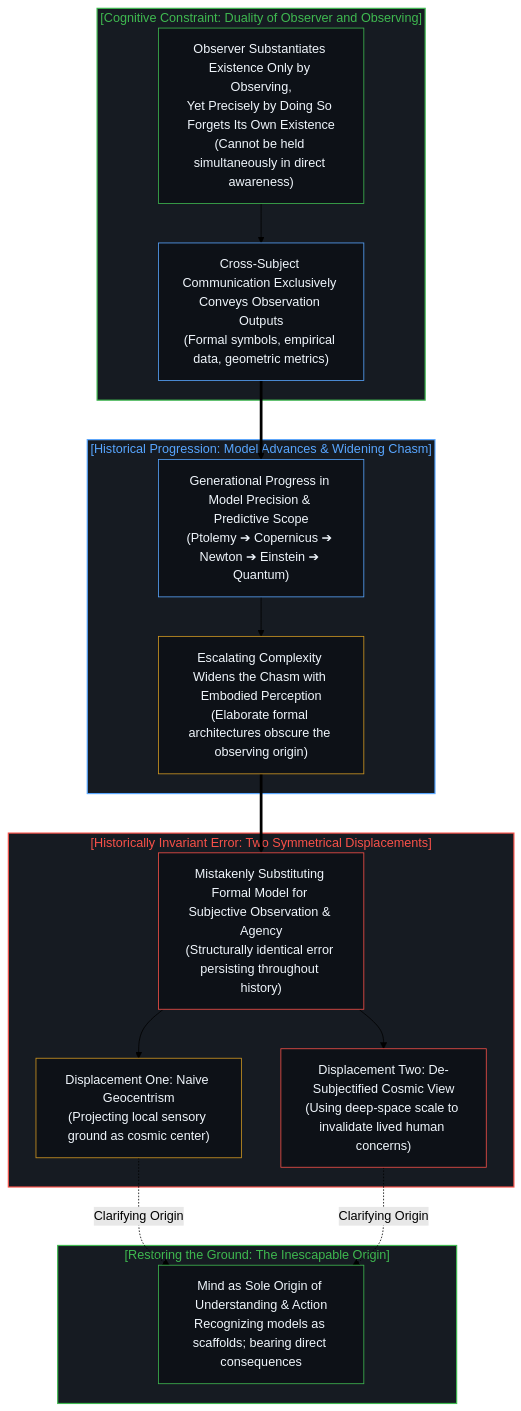
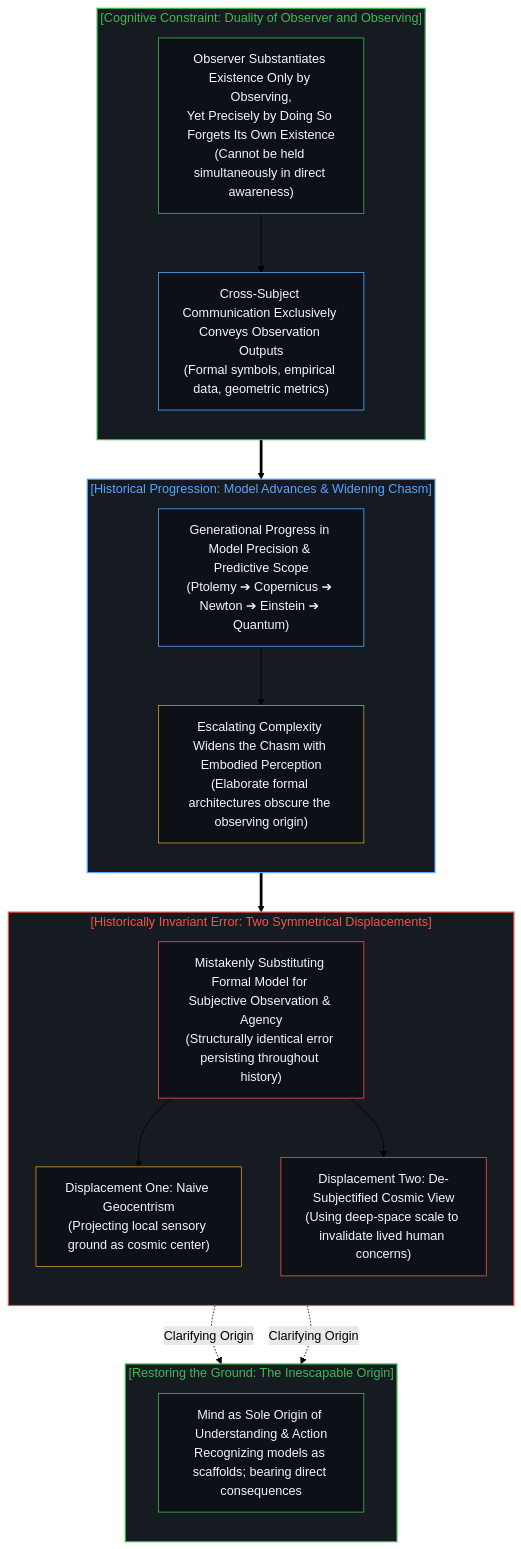
Before and after one commit to powerpig99/not-a-toe: the sixth of 8 diagrams in content/posts/one-cannot-escape-ones-own-mind.md, drawn with Mermaid (forest theme). The commit also changed other lines of this file and 6 other files, not shown here.

````diff
--- a/content/posts/one-cannot-escape-ones-own-mind.md
+++ b/content/posts/one-cannot-escape-ones-own-mind.md
@@ -244,44 +260,48 @@
 ```mermaid
 flowchart TD
     subgraph S_CognitiveConstraint_EN ["[Cognitive Constraint: Duality of Observer and Observing]"]
+        direction TB
         DE1["Observer Substantiates Existence Only by Observing,<br/>Yet Precisely by Doing So Forgets Its Own Existence<br/>(Cannot be held simultaneously in direct awareness)"]
         DE2["Cross-Subject Communication Exclusively Conveys Observation Outputs<br/>(Formal symbols, empirical data, geometric metrics)"]
         DE1 --> DE2
     end
 
     subgraph S_HistoricalProgress_EN ["[Historical Progression: Model Advances & Widening Chasm]"]
+        direction TB
         PE1["Generational Progress in Model Precision & Predictive Scope<br/>(Ptolemy ➔ Copernicus ➔ Newton ➔ Einstein ➔ Quantum)"]
         PE2["Escalating Complexity Widens the Chasm with Embodied Perception<br/>(Elaborate formal architectures obscure the observing origin)"]
         PE1 --> PE2
     end
 
     subgraph S_InvariantError_EN ["[Historically Invariant Error: Two Symmetrical Displacements]"]
+        direction TB
         EE1["Mistakenly Substituting Formal Model for Subjective Observation & Agency<br/>(Structurally identical error persisting throughout history)"]
         TE1["Displacement One: Naive Geocentrism<br/>(Projecting local sensory ground as cosmic center)"]
         TE2["Displacement Two: De-Subjectified Cosmic View<br/>(Using deep-space scale to invalidate lived human concerns)"]
         EE1 --> TE1
         EE1 --> TE2
     end
 
     subgraph S_SovereignReturn_EN ["[Restoring the Ground: The Inescapable Origin]"]
+        direction TB
         SRE1["Mind as Sole Origin of Understanding & Action<br/>Recognizing models as scaffolds; bearing direct consequences"]
     end
 
     DE2 ==> PE1
     PE2 ==> EE1
     TE1 -.->|"Clarifying Origin"| SRE1
     TE2 -.->|"Clarifying Origin"| SRE1
 
     style S_CognitiveConstraint_EN fill:#161b22,stroke:#3fb950,stroke-width:1.5px,color:#3fb950
     style S_HistoricalProgress_EN fill:#161b22,stroke:#58a6ff,stroke-width:1.5px,color:#58a6ff
     style S_InvariantError_EN fill:#161b22,stroke:#f85149,stroke-width:1.5px,color:#f85149
     style S_SovereignReturn_EN fill:#161b22,stroke:#3fb950,stroke-width:1.5px,color:#3fb950
     style DE1 fill:#0d1117,stroke:#3fb950,stroke-width:1px,color:#f0f6fc
     style DE2 fill:#0d1117,stroke:#58a6ff,stroke-width:1px,color:#f0f6fc
     style PE1 fill:#0d1117,stroke:#58a6ff,stroke-width:1px,color:#f0f6fc
     style PE2 fill:#0d1117,stroke:#d29922,stroke-width:1px,color:#f0f6fc
     style EE1 fill:#0d1117,stroke:#f85149,stroke-width:1px,color:#f0f6fc
     style TE1 fill:#0d1117,stroke:#d29922,stroke-width:1px,color:#f0f6fc
     style TE2 fill:#0d1117,stroke:#f85149,stroke-width:1px,color:#f0f6fc
     style SRE1 fill:#0d1117,stroke:#3fb950,stroke-width:1px,color:#f0f6fc
 ```
````
